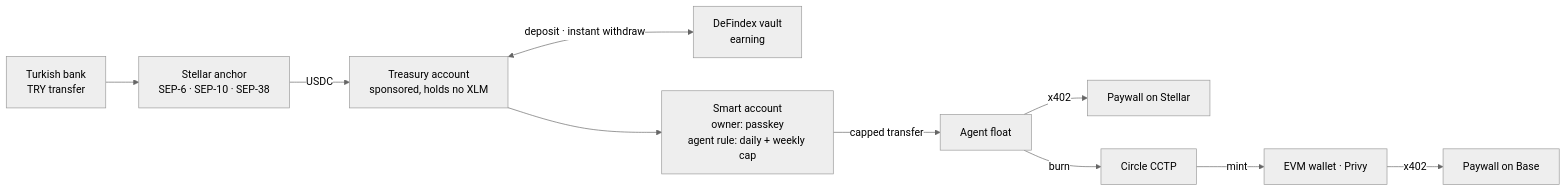
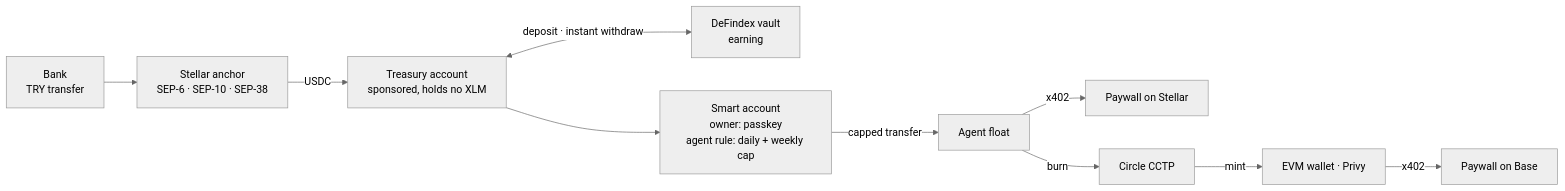
The first of 2 diagrams in README.md (feyyazcigim/pera-wallet), drawn with Mermaid (neutral theme) before and after one commit. The commit also changed other lines of this file and 3 other files, not shown here.

Commit message:
docs: white on ink banner, neutral wording; roadmap chart shows only networks with volume

````diff
--- a/README.md
+++ b/README.md
@@ -37,12 +37,12 @@
 ```mermaid
 flowchart LR
-  Bank["Turkish bank<br/>TRY transfer"] --> Anchor["Stellar anchor<br/>SEP-6 · SEP-10 · SEP-38"]
+  Bank["Bank<br/>TRY transfer"] --> Anchor["Stellar anchor<br/>SEP-6 · SEP-10 · SEP-38"]
   Anchor -->|USDC| Treasury["Treasury account<br/>sponsored, holds no XLM"]
   Treasury <-->|deposit · instant withdraw| Vault["DeFindex vault<br/>earning"]
   Treasury --> Smart["Smart account<br/>owner: passkey<br/>agent rule: daily + weekly cap"]
   Smart -->|capped transfer| Float["Agent float"]
   Float -->|x402| StellarPay["Paywall on Stellar"]
   Float -->|burn| CCTP["Circle CCTP"]
   CCTP -->|mint| Evm["EVM wallet · Privy"]
   Evm -->|x402| BasePay["Paywall on Base"]
 ```
````
